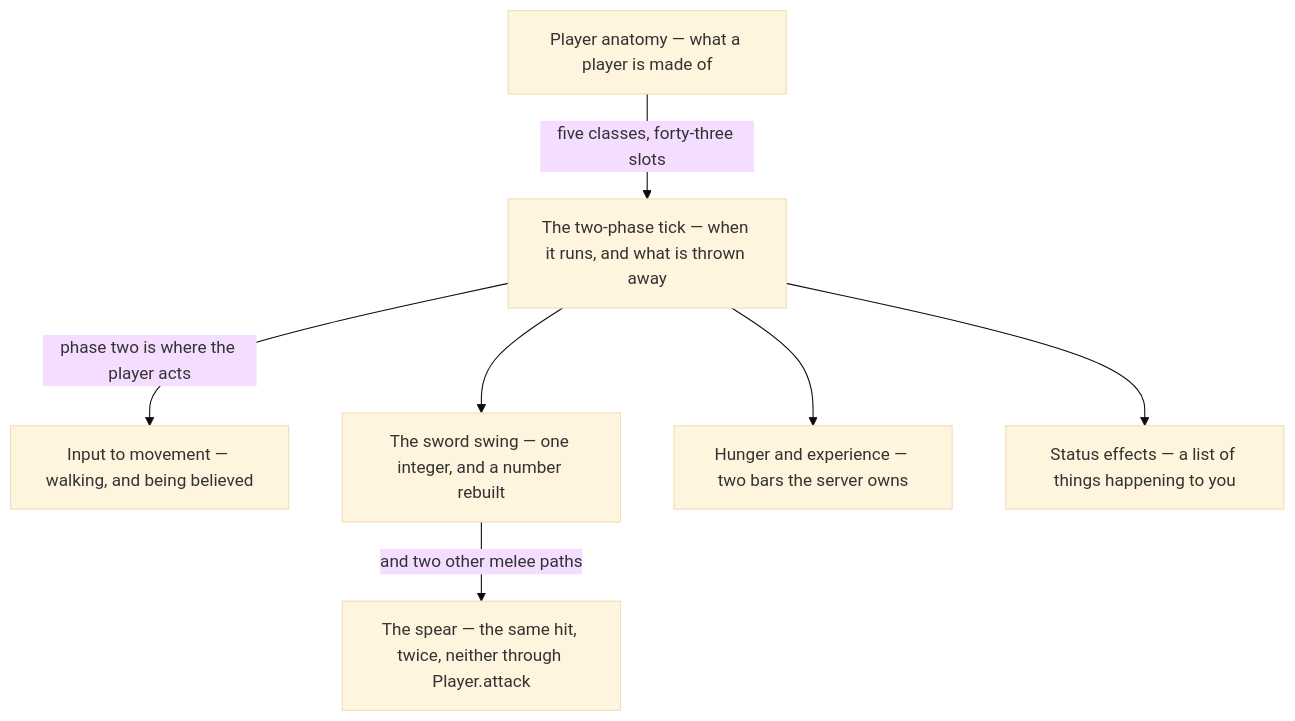
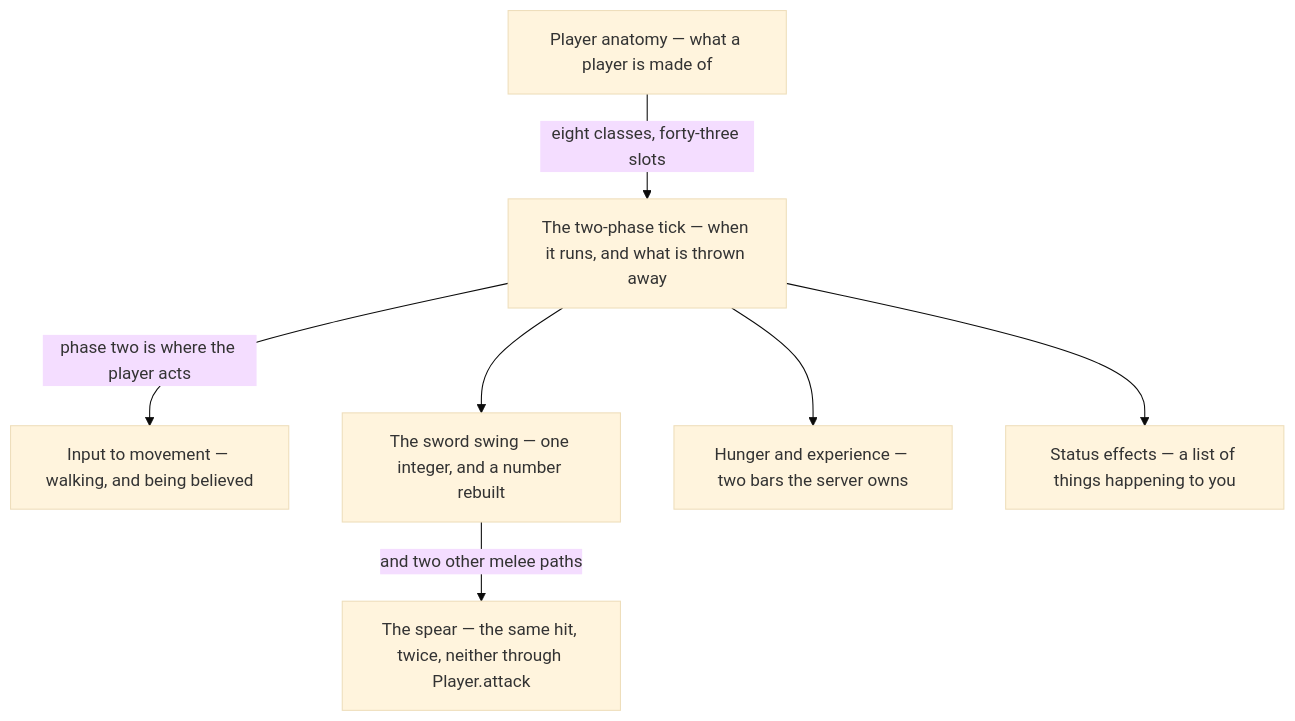
Before and after one commit to AlexanderjFraser/MinecraftDocs: the diagram in src/systems/player/README.md, drawn with Mermaid (base theme). The commit also changed other lines of this file and 11 other files, not shown here.

````diff
--- a/src/systems/player/README.md
+++ b/src/systems/player/README.md
@@ -23,16 +23,16 @@
 ```mermaid
 flowchart TD
     PA["Player anatomy — what a player is made of"]
     TT["The two-phase tick — when it runs, and what is thrown away"]
     IM["Input to movement — walking, and being believed"]
     SS["The sword swing — one integer, and a number rebuilt"]
     SP["The spear — the same hit, twice, neither through Player.attack"]
     HE["Hunger and experience — two bars the server owns"]
     SE["Status effects — a list of things happening to you"]
-    PA -- "five classes, forty-three slots" --> TT
+    PA -- "eight classes, forty-three slots" --> TT
     TT -- "phase two is where the player acts" --> IM
     TT --> SS
     TT --> HE
     TT --> SE
     SS -- "and two other melee paths" --> SP
 ```
````
